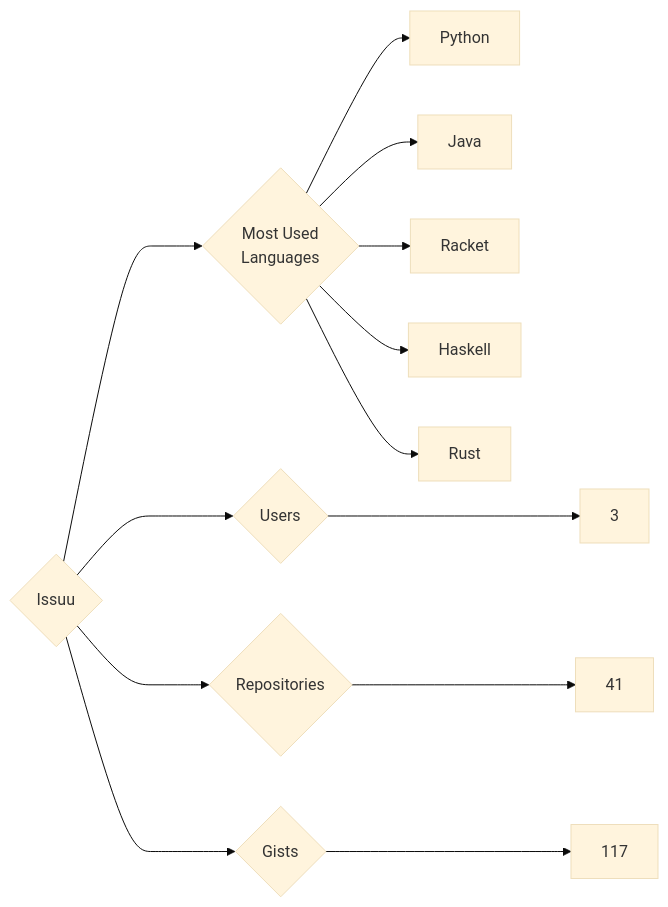
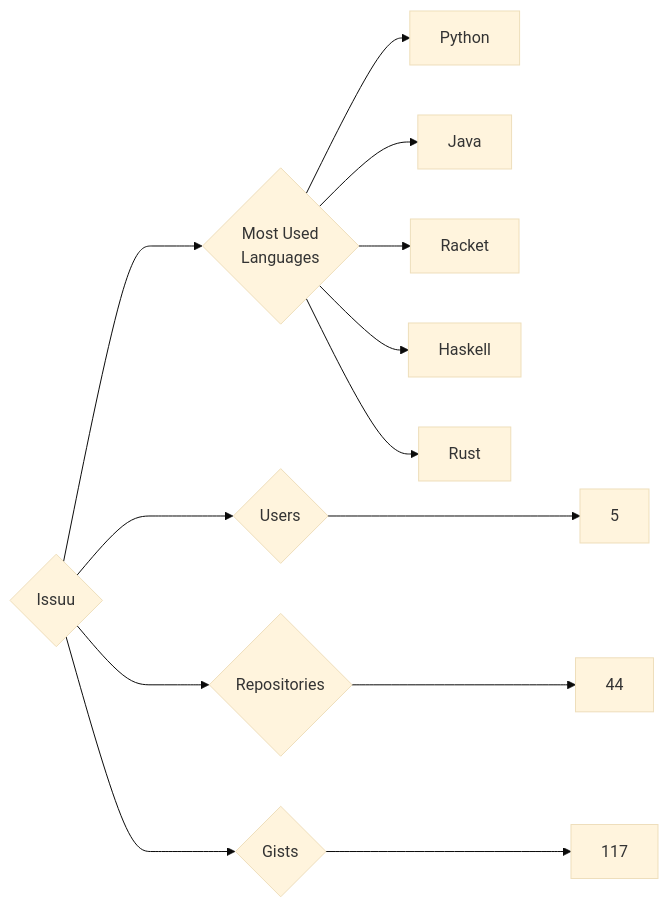
The diagram in targets/Issuu/README.md (trickest/insiders), drawn with Mermaid (base theme) before and after one commit. The commit also changed 749 other files, not shown here.

````diff
--- a/targets/Issuu/README.md
+++ b/targets/Issuu/README.md
@@ -3,13 +3,13 @@
 ```mermaid
 graph LR
 COMPANY_NAME{Issuu}
-COMPANY_NAME ---> U{Users} ---> UN[3]
-COMPANY_NAME ---> R{Repositories} ---> RN[41]
+COMPANY_NAME ---> U{Users} ---> UN[5]
+COMPANY_NAME ---> R{Repositories} ---> RN[44]
 COMPANY_NAME ---> G{Gists} ---> GN[117]
 COMPANY_NAME ---> ML{Most Used<br>Languages}
 ML --> Python[Python]
 ML --> Java[Java]
 ML --> Racket[Racket]
 ML --> Haskell[Haskell]
 ML --> Rust[Rust]
 ```
````
